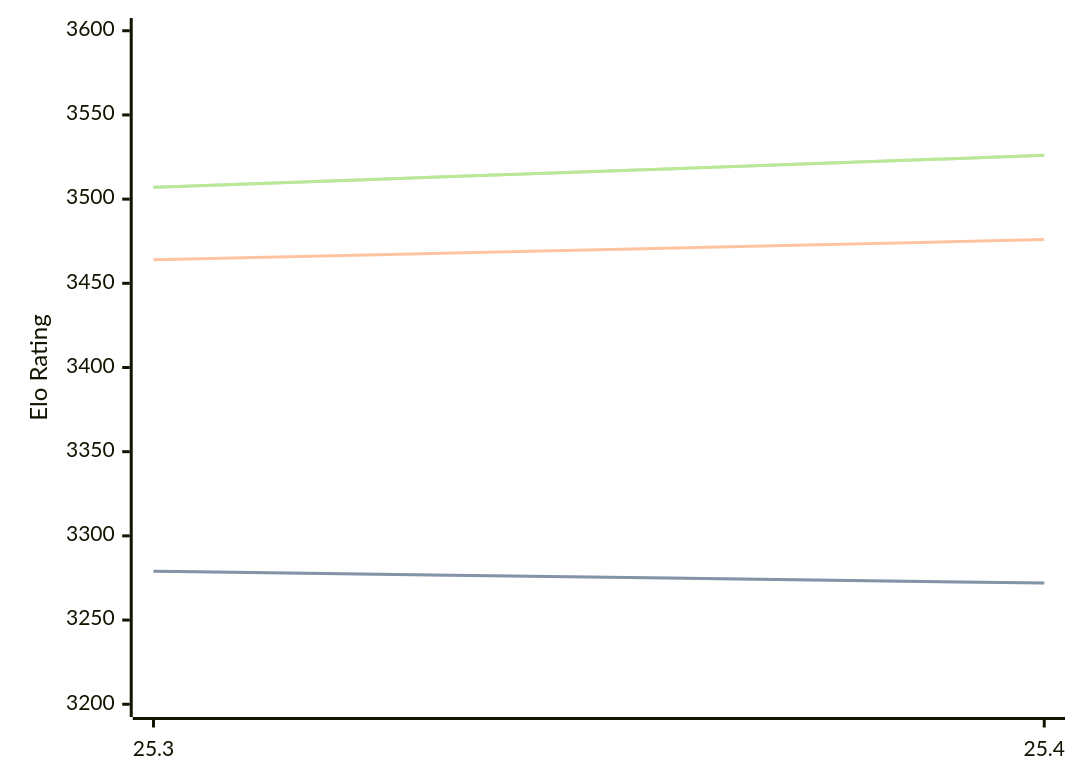
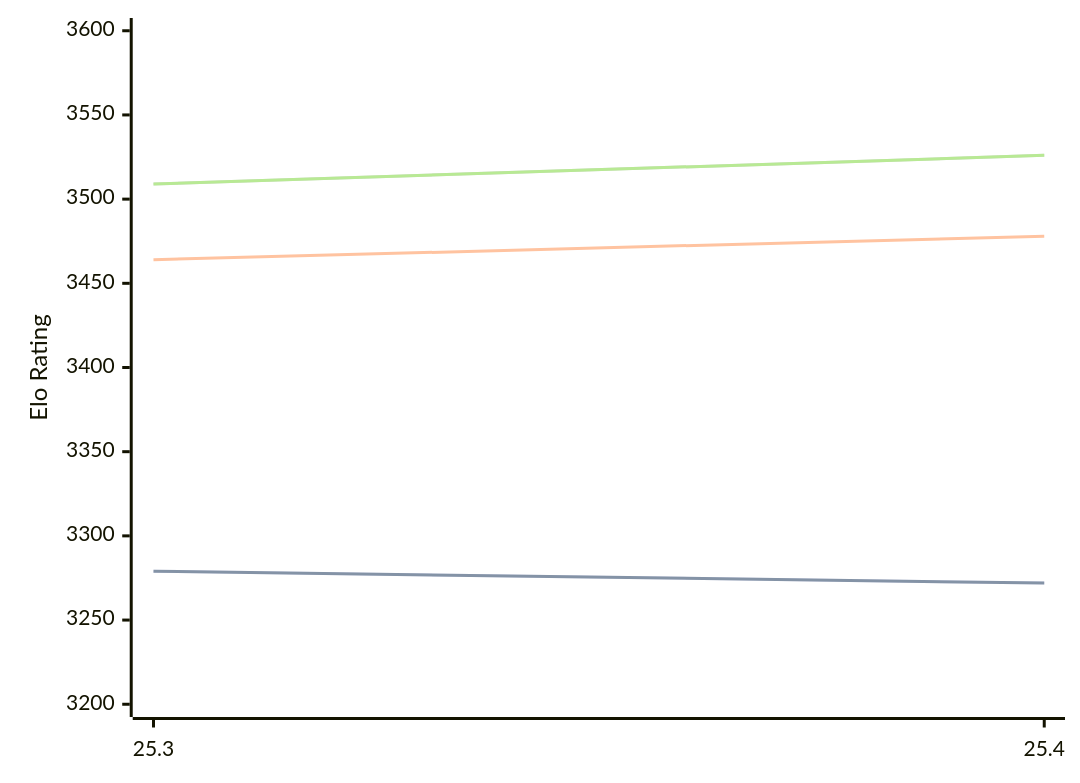
One commit to computer-chess-index/cci changed the diagram in engines/Arasan.md. Above: the diagram before and after it, drawn with Mermaid. The commit also changed other lines of this file, not shown here.

Commit message:
Update CCI Ratings (ELO VLTC) - 2026-04-24

````diff
--- a/engines/Arasan.md
+++ b/engines/Arasan.md
@@ -33,11 +33,11 @@
 ```mermaid
 %%{init: {"theme":"base","themeVariables":{"seriesColors:['#a3a3a3','#222221','#faa371']}}}%%
 xychart-beta
   x-axis ["25.3", "25.4"]
   y-axis "Elo Rating" 3200 --> 3600
   line "STC (8.0+0.08s)" [3279, 3272]
   line "STC (8.0+0.08s)" [3279, 3272]
-  line "LTC (60.0+0.60s)" [3464, 3476]
-  line "VLTC (2m24s+1.12s)" [3507, 3526]
-  line "VLTC (2m24s+1.12s)" [3507, 3526]
+  line "LTC (60.0+0.60s)" [3464, 3478]
+  line "VLTC (2m24s+1.12s)" [3509, 3526]
+  line "VLTC (2m24s+1.12s)" [3509, 3526]
 ```
````
